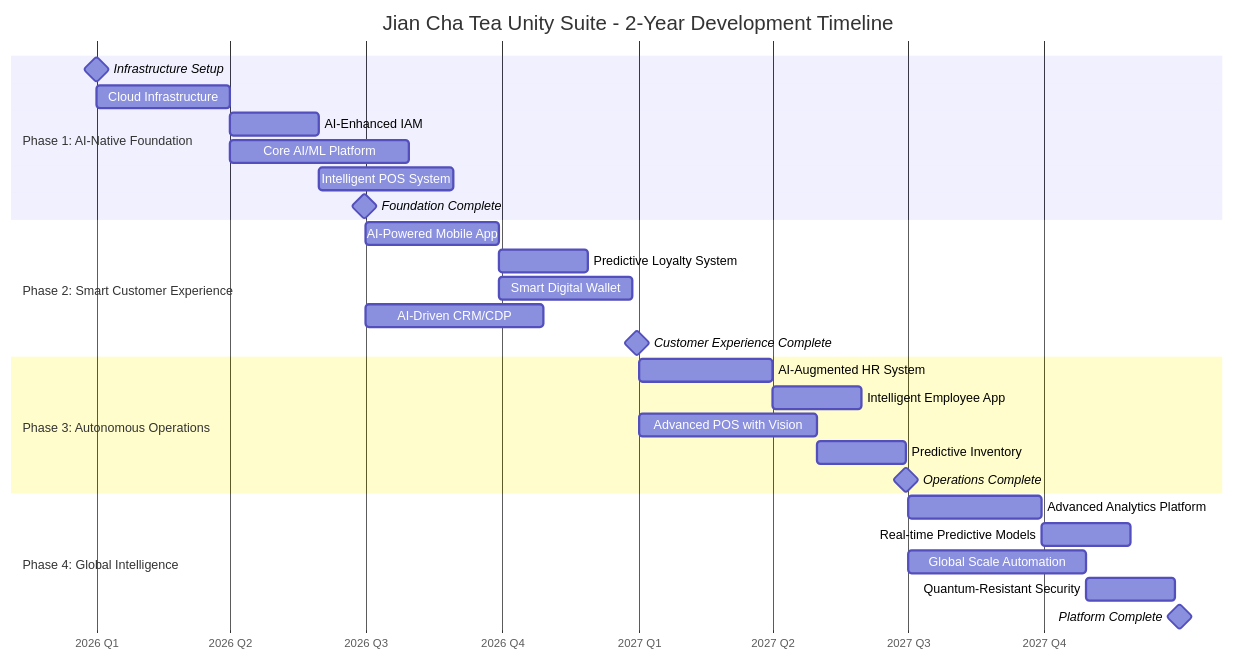
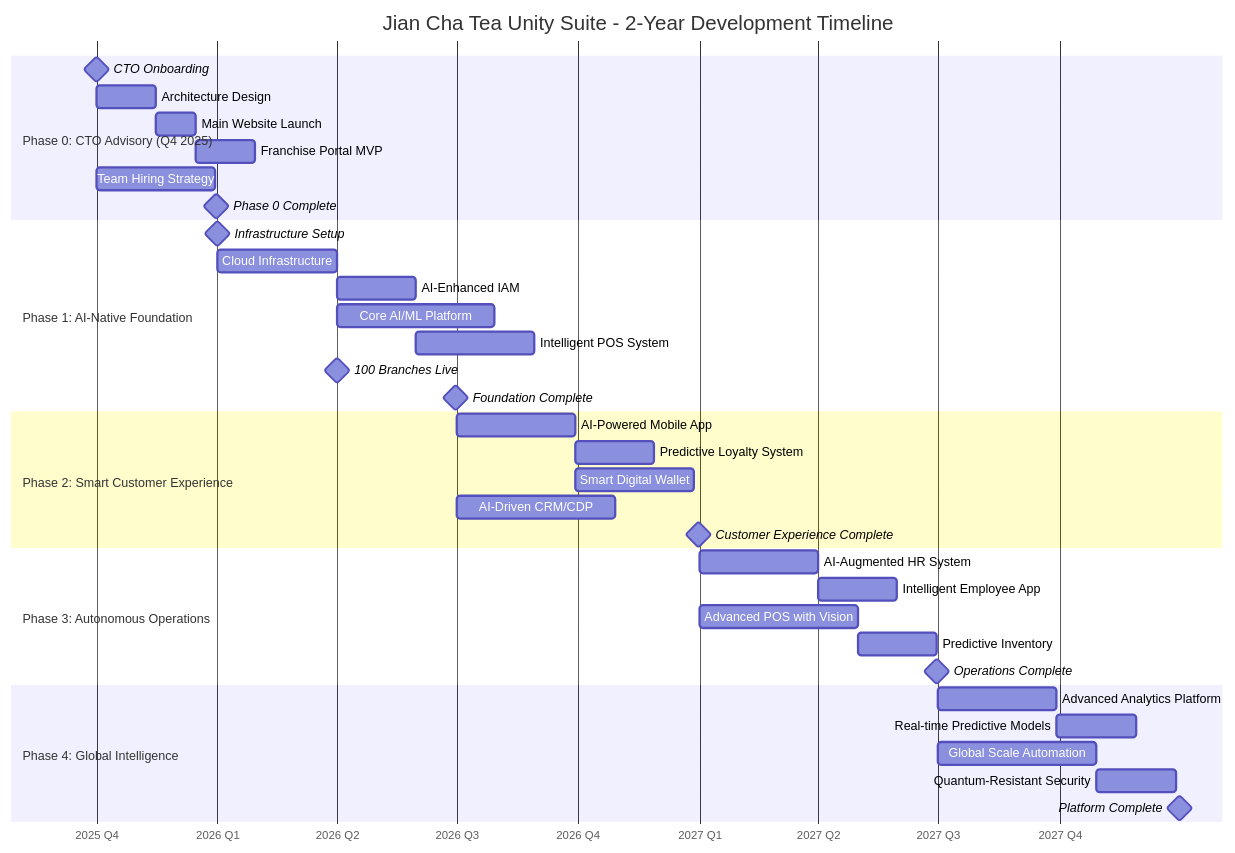
The first of 10 diagrams in ROADMAP.md (bemindlab/jianchatea-unity-suite), drawn with Mermaid before and after one commit. The commit also changed other lines of this file and 6 other files, not shown here.

````diff
--- a/ROADMAP.md
+++ b/ROADMAP.md
@@ -23,35 +25,44 @@
 ```mermaid
 gantt
     title Jian Cha Tea Unity Suite - 2-Year Development Timeline
     dateFormat YYYY-MM-DD
     axisFormat %Y Q%q
+    
+    section Phase 0: CTO Advisory (Q4 2025)
+    CTO Onboarding              :milestone, cto1, 2025-10-01, 0d
+    Architecture Design         :arch, 2025-10-01, 45d
+    Main Website Launch         :website, after arch, 30d
+    Franchise Portal MVP        :portal-mvp, after website, 45d
+    Team Hiring Strategy        :hiring, 2025-10-01, 90d
+    Phase 0 Complete            :milestone, cto2, 2025-12-31, 0d
     
     section Phase 1: AI-Native Foundation
     Infrastructure Setup         :milestone, m1, 2026-01-01, 0d
     Cloud Infrastructure         :infra, 2026-01-01, 90d
     AI-Enhanced IAM              :iam, after infra, 60d
     Core AI/ML Platform          :ai-core, after infra, 120d
     Intelligent POS System       :pos, after iam, 90d
+    100 Branches Live           :milestone, branch100, 2026-04-01, 0d
     Foundation Complete          :milestone, m2, 2026-06-30, 0d
     
     section Phase 2: Smart Customer Experience
     AI-Powered Mobile App        :mobile, 2026-07-01, 90d
     Predictive Loyalty System    :loyalty, after mobile, 60d
     Smart Digital Wallet         :wallet, after mobile, 90d
     AI-Driven CRM/CDP           :crm, 2026-07-01, 120d
     Customer Experience Complete :milestone, m3, 2026-12-31, 0d
     
     section Phase 3: Autonomous Operations
     AI-Augmented HR System       :hr, 2027-01-01, 90d
     Intelligent Employee App     :emp-app, after hr, 60d
     Advanced POS with Vision     :pos-adv, 2027-01-01, 120d
     Predictive Inventory         :inventory, after pos-adv, 60d
     Operations Complete          :milestone, m4, 2027-06-30, 0d
     
     section Phase 4: Global Intelligence
     Advanced Analytics Platform  :analytics, 2027-07-01, 90d
     Real-time Predictive Models  :predict, after analytics, 60d
     Global Scale Automation      :global, 2027-07-01, 120d
     Quantum-Resistant Security   :security, after global, 60d
     Platform Complete            :milestone, m5, 2027-12-31, 0d
 ```
````
